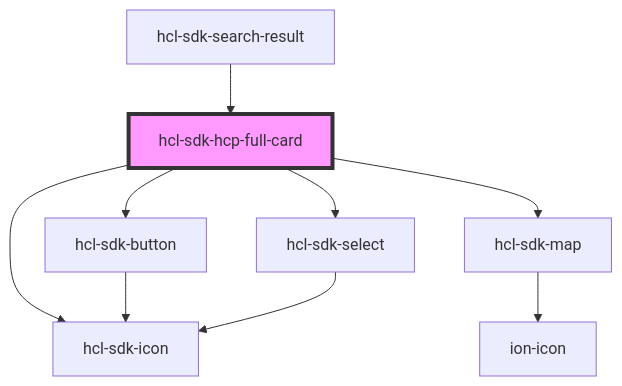
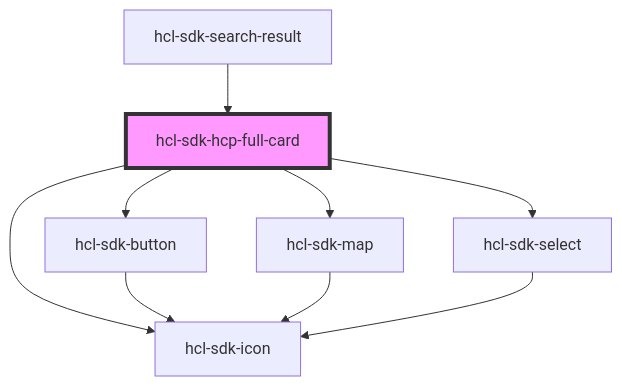
The diagram in packages/hcl-sdk-web-ui/docs/components/ui-kits/hcl-sdk-hcp-full-card/readme.md (hcl-sdk/HealthCareLocatorWebSDK), drawn with Mermaid before and after one commit. The commit also changed 51 other files, not shown here.

````diff
--- a/packages/hcl-sdk-web-ui/docs/components/ui-kits/hcl-sdk-hcp-full-card/readme.md
+++ b/packages/hcl-sdk-web-ui/docs/components/ui-kits/hcl-sdk-hcp-full-card/readme.md
@@ -29,12 +29,12 @@
 ```mermaid
 graph TD;
   hcl-sdk-hcp-full-card --> hcl-sdk-button
   hcl-sdk-hcp-full-card --> hcl-sdk-icon
   hcl-sdk-hcp-full-card --> hcl-sdk-map
   hcl-sdk-hcp-full-card --> hcl-sdk-select
   hcl-sdk-button --> hcl-sdk-icon
-  hcl-sdk-map --> ion-icon
+  hcl-sdk-map --> hcl-sdk-icon
   hcl-sdk-select --> hcl-sdk-icon
   hcl-sdk-search-result --> hcl-sdk-hcp-full-card
   style hcl-sdk-hcp-full-card fill:#f9f,stroke:#333,stroke-width:4px
 ```
````
